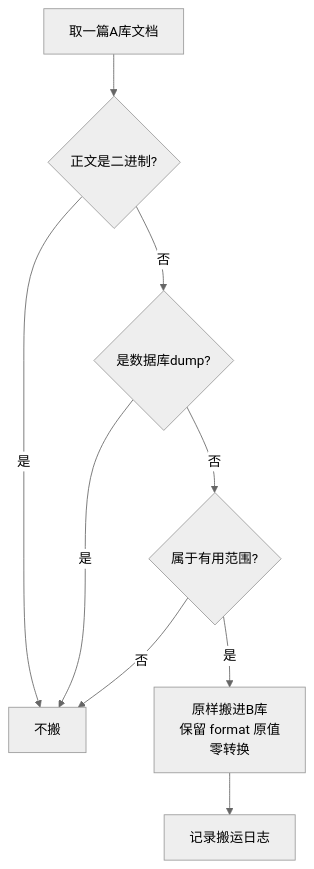
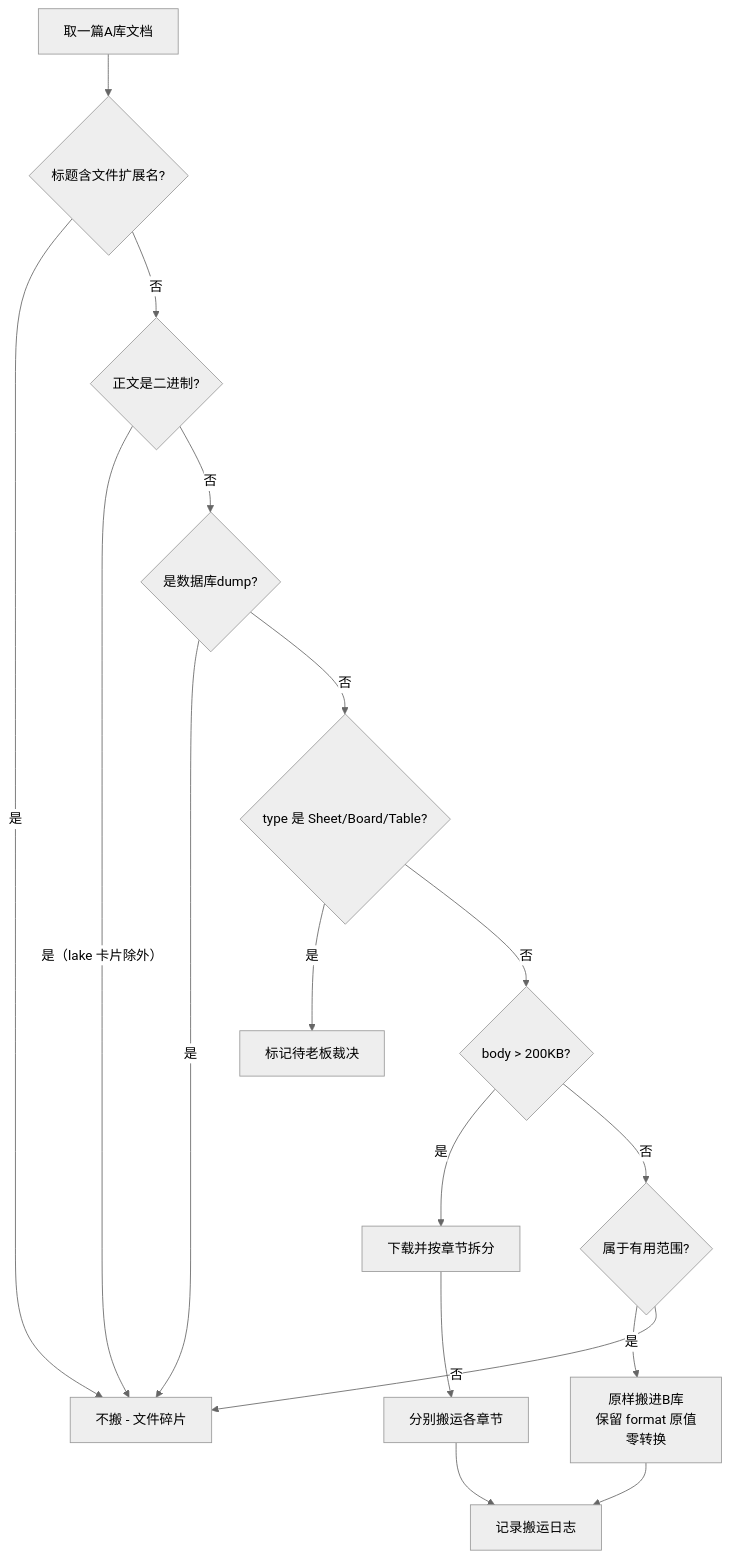
Before and after one commit to yehuoshun/doc-reorg-skill: the diagram in README.md, drawn with Mermaid (neutral theme). The commit also changed other lines of this file and 3 other files, not shown here.

````diff
--- a/README.md
+++ b/README.md
@@ -24,11 +24,19 @@
 ```mermaid
 flowchart TD
-    A[取一篇A库文档] --> B{正文是二进制?}
-    B -- 是 --> X[不搬]
+    A[取一篇A库文档] --> S{标题含文件扩展名?}
+    S -- 是 --> X[不搬 - 文件碎片]
+    S -- 否 --> B{正文是二进制?}
+    B -- 是（lake 卡片除外） --> X
     B -- 否 --> C{是数据库dump?}
     C -- 是 --> X
-    C -- 否 --> D{属于有用范围?}
+    C -- 否 --> T{type 是 Sheet/Board/Table?}
+    T -- 是 --> W[标记待老板裁决]
+    T -- 否 --> G{body > 200KB?}
+    G -- 是 --> H[下载并按章节拆分]
+    H --> I[分别搬运各章节]
+    G -- 否 --> D{属于有用范围?}
     D -- 是 --> E[原样搬进B库<br/>保留 format 原值<br/>零转换]
     D -- 否 --> X
     E --> F[记录搬运日志]
+    I --> F
 ```
````
